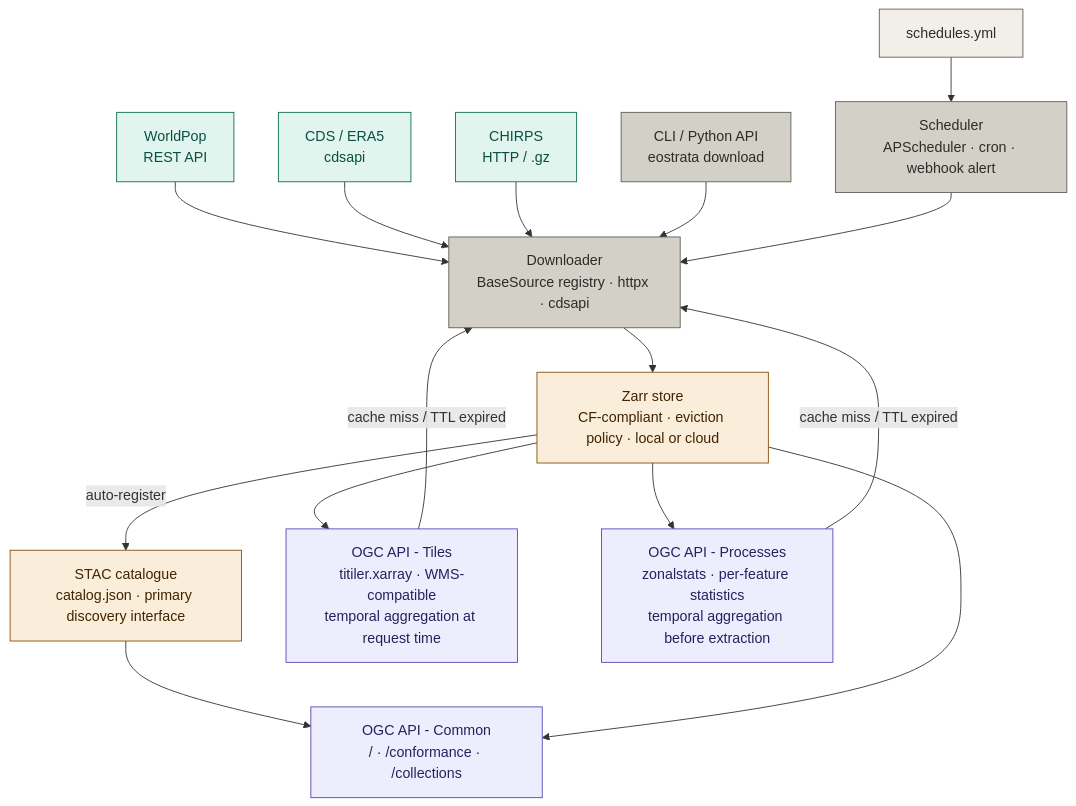
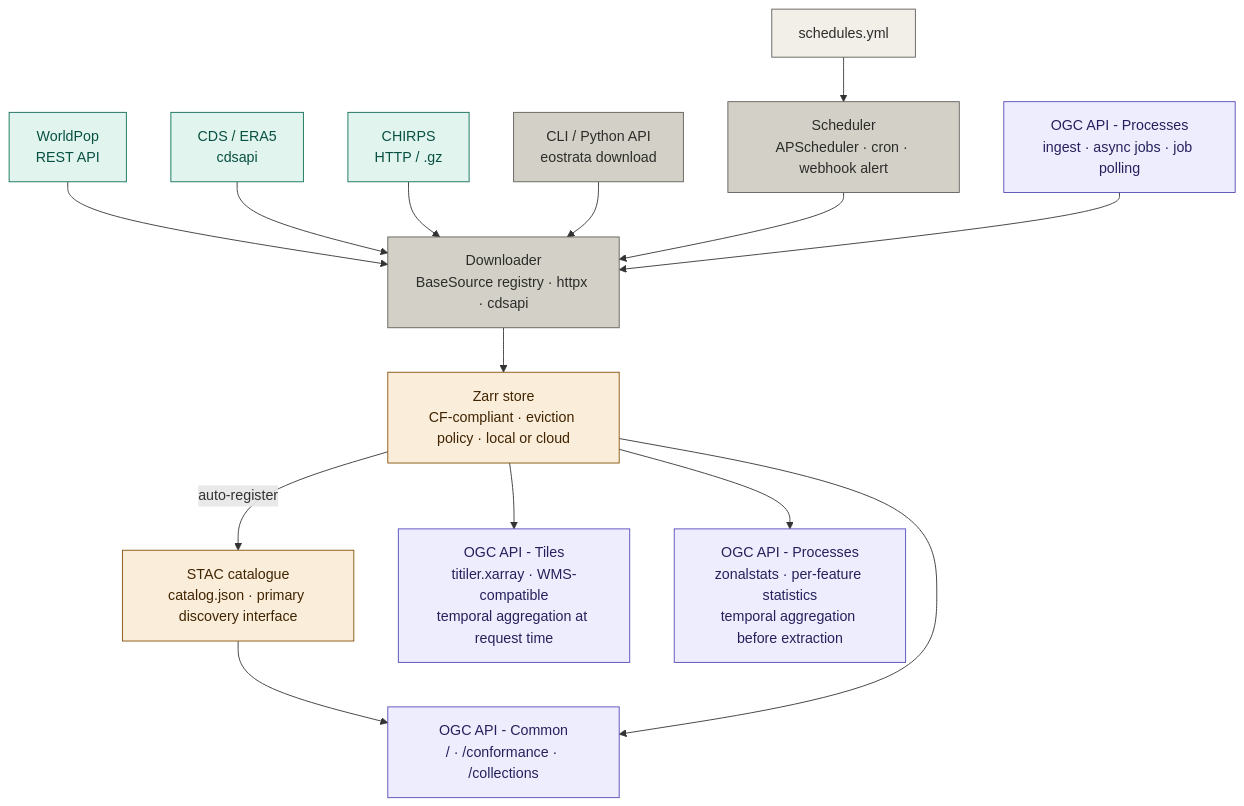
The diagram in README.md (BRaimbault/eostrata), drawn with Mermaid before and after one commit. The commit also changed other lines of this file and 23 other files, not shown here.

````diff
--- a/README.md
+++ b/README.md
@@ -30,35 +29,36 @@
 ```mermaid
 flowchart TD
     WP["WorldPop\nREST API"]:::src
     CDS["CDS / ERA5\ncdsapi"]:::src
     CH["CHIRPS\nHTTP / .gz"]:::src
 
     CLI["CLI / Python API\neostrata download"]:::infra
     SCH["Scheduler\nAPScheduler · cron · webhook alert"]:::infra
     SY["schedules.yml"]:::config
 
     DL["Downloader\nBaseSource registry · httpx · cdsapi"]:::infra
 
     ZS["Zarr store\nCF-compliant · eviction policy · local or cloud"]:::store
     CAT["STAC catalogue\ncatalog.json · primary discovery interface"]:::store
 
     TILE["OGC API - Tiles\ntitiler.xarray · WMS-compatible\ntemporal aggregation at request time"]:::serve
     ZON["OGC API - Processes\nzonalstats · per-feature statistics\ntemporal aggregation before extraction"]:::serve
+    ING["OGC API - Processes\ningest · async jobs · job polling"]:::serve
     OGC["OGC API - Common\n/ · /conformance · /collections"]:::serve
 
     WP & CDS & CH --> DL
     CLI --> DL
     SY --> SCH
     SCH --> DL
+    ING --> DL
     DL --> ZS
     ZS -->|auto-register| CAT
     CAT --> OGC
     ZS --> TILE & ZON & OGC
-    TILE & ZON -->|cache miss / TTL expired| DL
 
     classDef src    fill:#E1F5EE,stroke:#0F6E56,color:#085041
     classDef config fill:#F1EFE8,stroke:#5F5E5A,color:#2C2C2A
     classDef infra  fill:#D3D1C7,stroke:#5F5E5A,color:#2C2C2A
     classDef store  fill:#FAEEDA,stroke:#854F0B,color:#412402
     classDef serve  fill:#EEEDFE,stroke:#534AB7,color:#26215C
 ```
````
